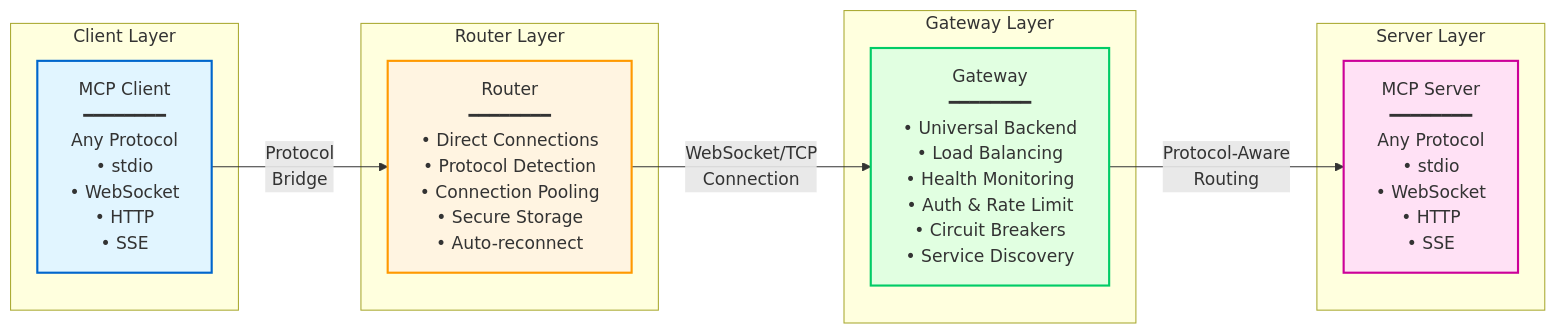
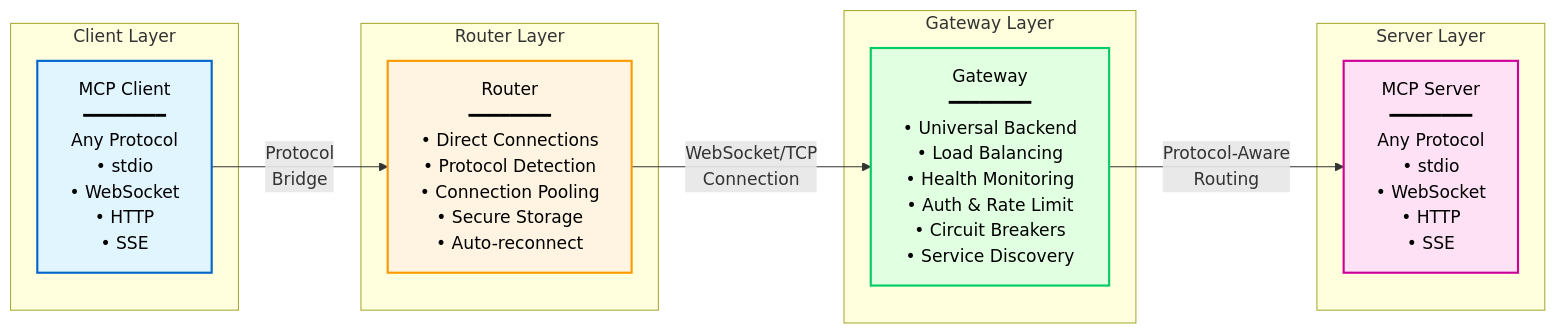
Before and after one commit to actual-software/mcp-bridge: the diagram in README.md, drawn with Mermaid. The commit also changed 10 other files, not shown here.

First line of the commit message:
fix: Improve Mermaid diagram text contrast with explicit black color

````diff
--- a/README.md
+++ b/README.md
@@ -51,27 +51,27 @@
 ```mermaid
 graph LR
     subgraph "Client Layer"
         Client[MCP Client<br/>━━━━━━━━<br/>Any Protocol<br/>• stdio<br/>• WebSocket<br/>• HTTP<br/>• SSE]
     end
 
     subgraph "Router Layer"
         Router[Router<br/>━━━━━━━━<br/>• Direct Connections<br/>• Protocol Detection<br/>• Connection Pooling<br/>• Secure Storage<br/>• Auto-reconnect]
     end
 
     subgraph "Gateway Layer"
         Gateway[Gateway<br/>━━━━━━━━<br/>• Universal Backend<br/>• Load Balancing<br/>• Health Monitoring<br/>• Auth & Rate Limit<br/>• Circuit Breakers<br/>• Service Discovery]
     end
 
     subgraph "Server Layer"
         Server[MCP Server<br/>━━━━━━━━<br/>Any Protocol<br/>• stdio<br/>• WebSocket<br/>• HTTP<br/>• SSE]
     end
 
     Client -->|Protocol<br/>Bridge| Router
     Router -->|WebSocket/TCP<br/>Connection| Gateway
     Gateway -->|Protocol-Aware<br/>Routing| Server
 
-    style Client fill:#e1f5ff,stroke:#0066cc,stroke-width:2px
-    style Router fill:#fff4e1,stroke:#ff9900,stroke-width:2px
-    style Gateway fill:#e1ffe1,stroke:#00cc66,stroke-width:2px
-    style Server fill:#ffe1f5,stroke:#cc0099,stroke-width:2px
+    style Client fill:#e1f5ff,stroke:#0066cc,stroke-width:2px,color:#000
+    style Router fill:#fff4e1,stroke:#ff9900,stroke-width:2px,color:#000
+    style Gateway fill:#e1ffe1,stroke:#00cc66,stroke-width:2px,color:#000
+    style Server fill:#ffe1f5,stroke:#cc0099,stroke-width:2px,color:#000
 ```
````
